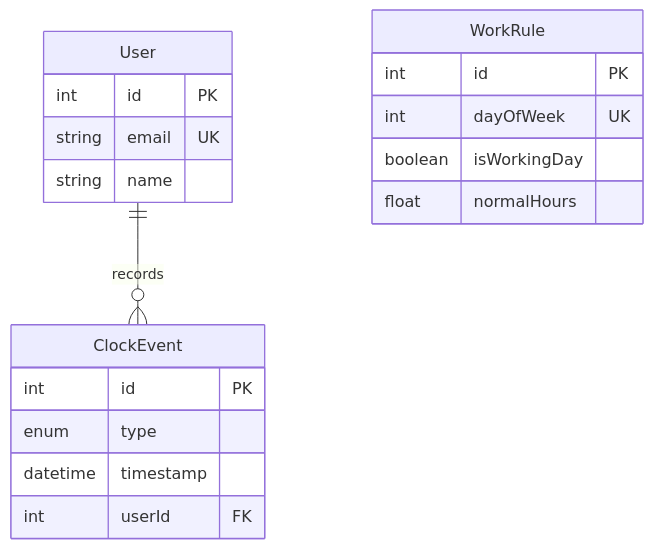
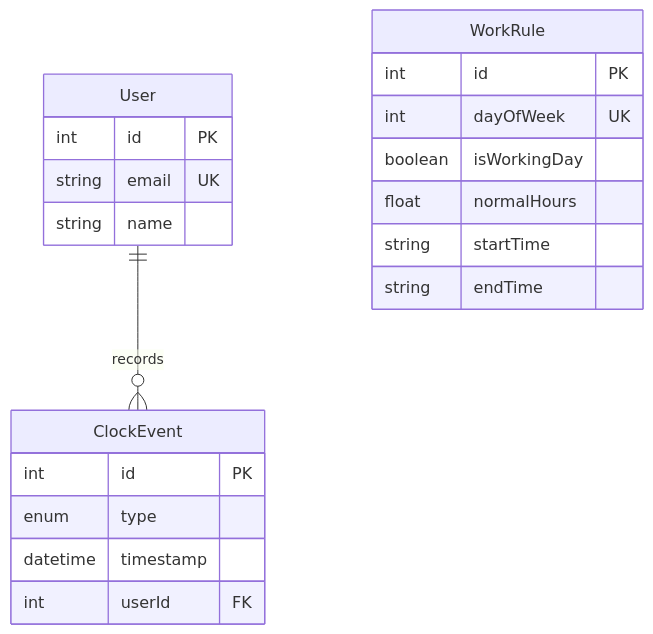
Before and after one commit to alexandephilia/Garry-Alexander-Time-Recording-System-: the diagram in README.md, drawn with Mermaid. The commit also changed other lines of this file and 9 other files, not shown here.

````diff
--- a/README.md
+++ b/README.md
@@ -133,21 +172,23 @@
 ```mermaid
 erDiagram
     User ||--o{ ClockEvent : "records"
     User {
         int id PK
         string email UK
         string name
     }
     ClockEvent {
         int id PK
         enum type
         datetime timestamp
         int userId FK
     }
     WorkRule {
         int id PK
         int dayOfWeek UK
         boolean isWorkingDay
         float normalHours
+        string startTime
+        string endTime
     }
 ```
````
